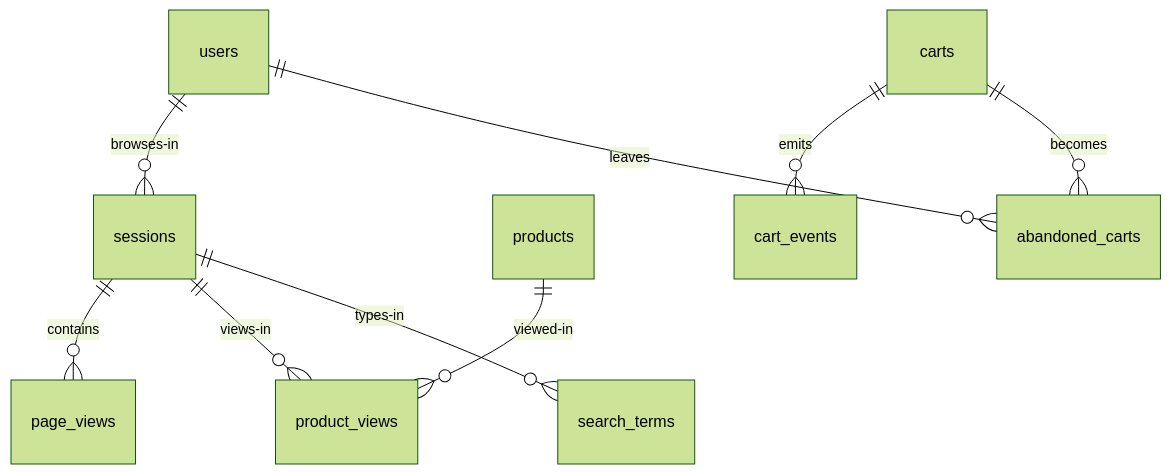
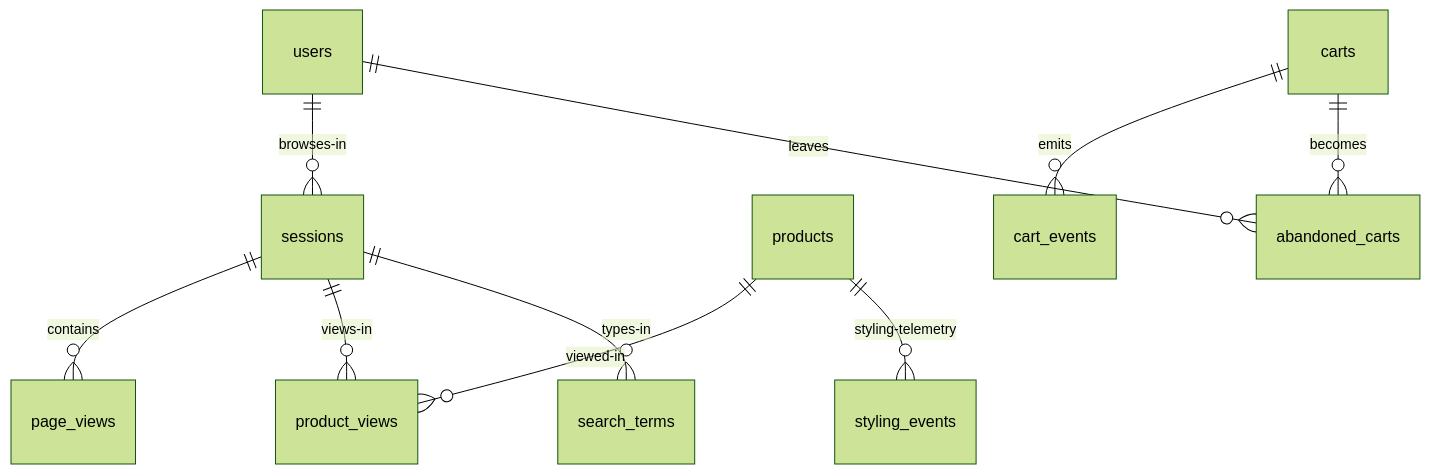
Before and after one commit to UnmarriedIdentity/the-unlugged-wear: the diagram in DOC/backend/10-Analytics.md, drawn with Mermaid (forest theme). The commit also changed other lines of this file and 9 other files, not shown here.

Commit message:
feat: styling module — Complete the Look (DOC 19 + 012-styling.sql; 7 module-owned tables, stock-honest fallback, v2.1 roadmap; supersedes file-18 draft; ships last after the core app)

````diff
--- a/DOC/backend/10-Analytics.md
+++ b/DOC/backend/10-Analytics.md
@@ -142,11 +150,12 @@
 ```mermaid
 erDiagram
     users ||--o{ sessions : browses-in
     sessions ||--o{ page_views : contains
     sessions ||--o{ product_views : views-in
     products ||--o{ product_views : viewed-in
     carts ||--o{ cart_events : emits
     carts ||--o{ abandoned_carts : becomes
     users ||--o{ abandoned_carts : leaves
     sessions ||--o{ search_terms : types-in
+    products ||--o{ styling_events : styling-telemetry
 ```
````
